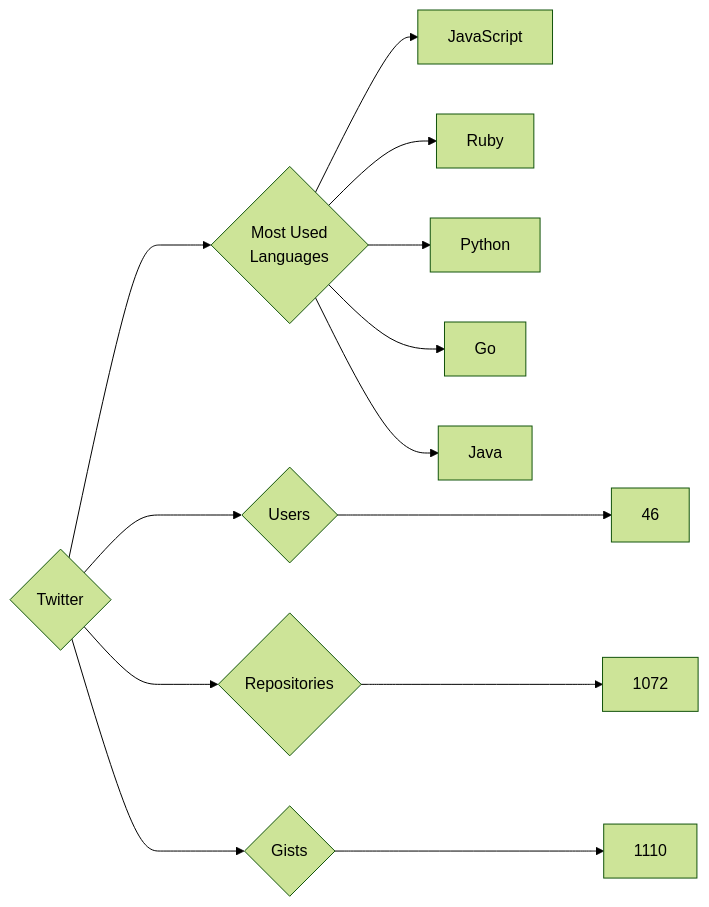
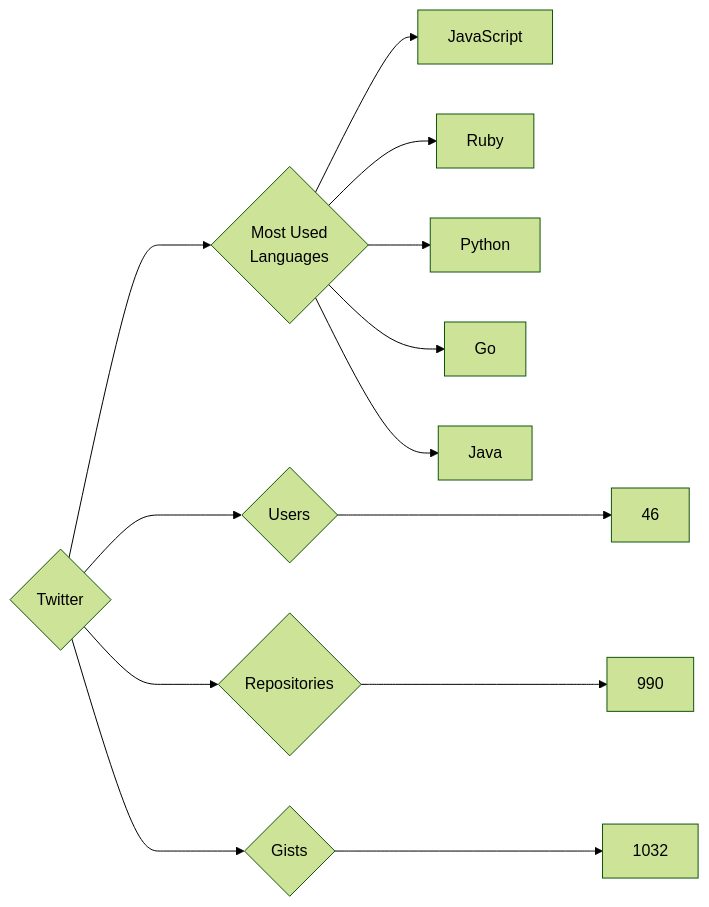
Before and after one commit to trickest/insiders: the diagram in targets/Twitter/README.md, drawn with Mermaid (forest theme). The commit also changed 953 other files, not shown here.

````diff
--- a/targets/Twitter/README.md
+++ b/targets/Twitter/README.md
@@ -3,13 +3,13 @@
 ```mermaid
 graph LR
 COMPANY_NAME{Twitter}
 COMPANY_NAME ---> U{Users} ---> UN[46]
-COMPANY_NAME ---> R{Repositories} ---> RN[1072]
-COMPANY_NAME ---> G{Gists} ---> GN[1110]
+COMPANY_NAME ---> R{Repositories} ---> RN[990]
+COMPANY_NAME ---> G{Gists} ---> GN[1032]
 COMPANY_NAME ---> ML{Most Used<br>Languages}
 ML --> JavaScript[JavaScript]
 ML --> Ruby[Ruby]
 ML --> Python[Python]
 ML --> Go[Go]
 ML --> Java[Java]
 ```
````
